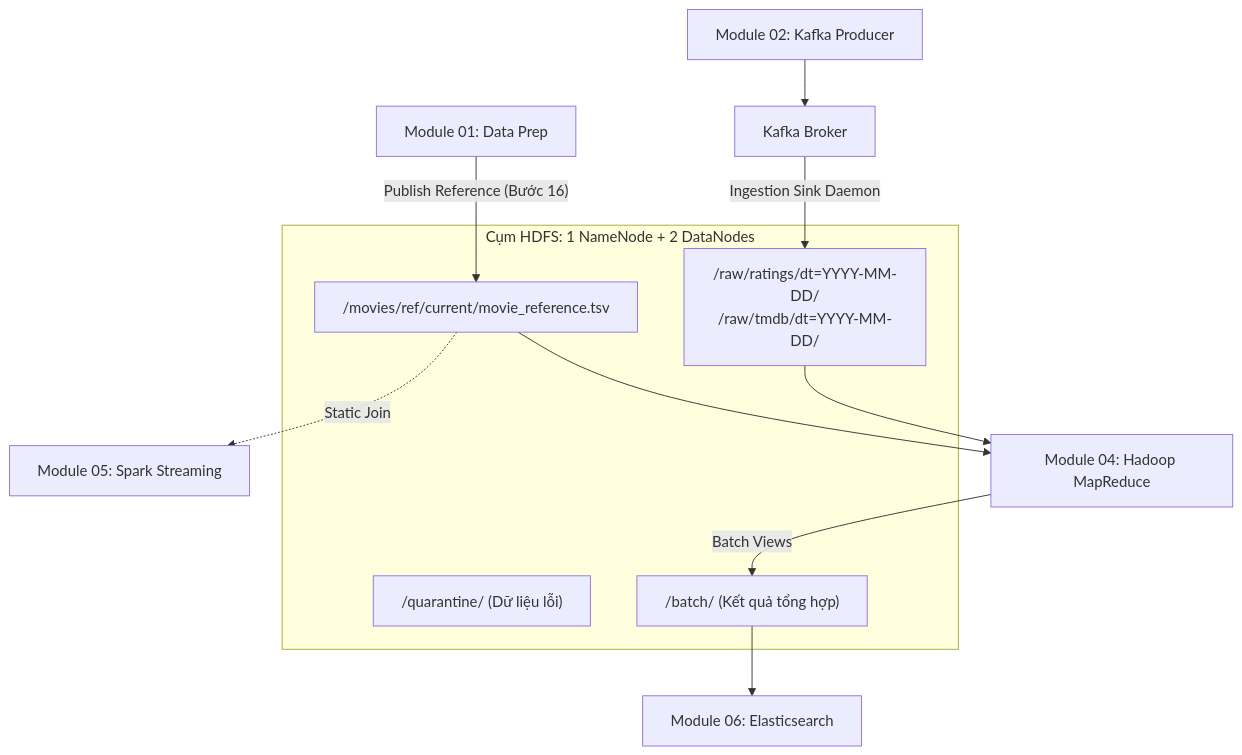
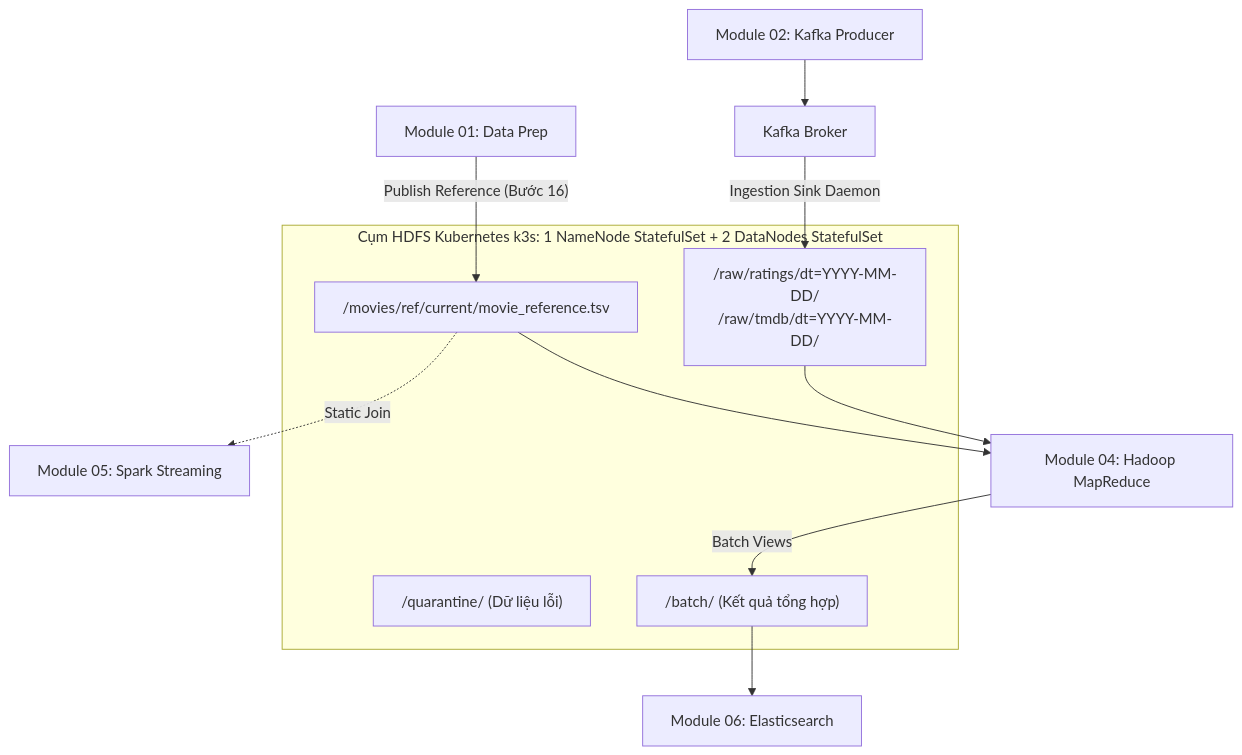
Before and after one commit to nqson-5625/movie-trend: the diagram in modules/hdfs/README.md, drawn with Mermaid. The commit also changed other lines of this file and 29 other files, not shown here.

Commit message:
feat: implement HDFS storage module with Kubernetes manifests, ingestion scripts, and documentation

````diff
--- a/modules/hdfs/README.md
+++ b/modules/hdfs/README.md
@@ -16,19 +17,19 @@
 ```mermaid
 flowchart TD
     M1[Module 01: Data Prep] -- Publish Reference (Bước 16) --> HDFS_REF["/movies/ref/current/movie_reference.tsv"]
     M2[Module 02: Kafka Producer] --> KAFKA[Kafka Broker]
     KAFKA -- Ingestion Sink Daemon --> HDFS_RAW["/raw/ratings/dt=YYYY-MM-DD/\n/raw/tmdb/dt=YYYY-MM-DD/"]
     
-    subgraph HDFS Cluster [Cụm HDFS: 1 NameNode + 2 DataNodes]
+    subgraph HDFS Cluster [Cụm HDFS Kubernetes k3s: 1 NameNode StatefulSet + 2 DataNodes StatefulSet]
         HDFS_RAW
         HDFS_REF
         HDFS_QUARANTINE["/quarantine/ (Dữ liệu lỗi)"]
         HDFS_BATCH["/batch/ (Kết quả tổng hợp)"]
     end
     
     HDFS_RAW --> M4[Module 04: Hadoop MapReduce]
     HDFS_REF --> M4
     HDFS_REF -. Static Join .-> M5[Module 05: Spark Streaming]
     M4 -- Batch Views --> HDFS_BATCH
     HDFS_BATCH --> ES[Module 06: Elasticsearch]
 ```
````
